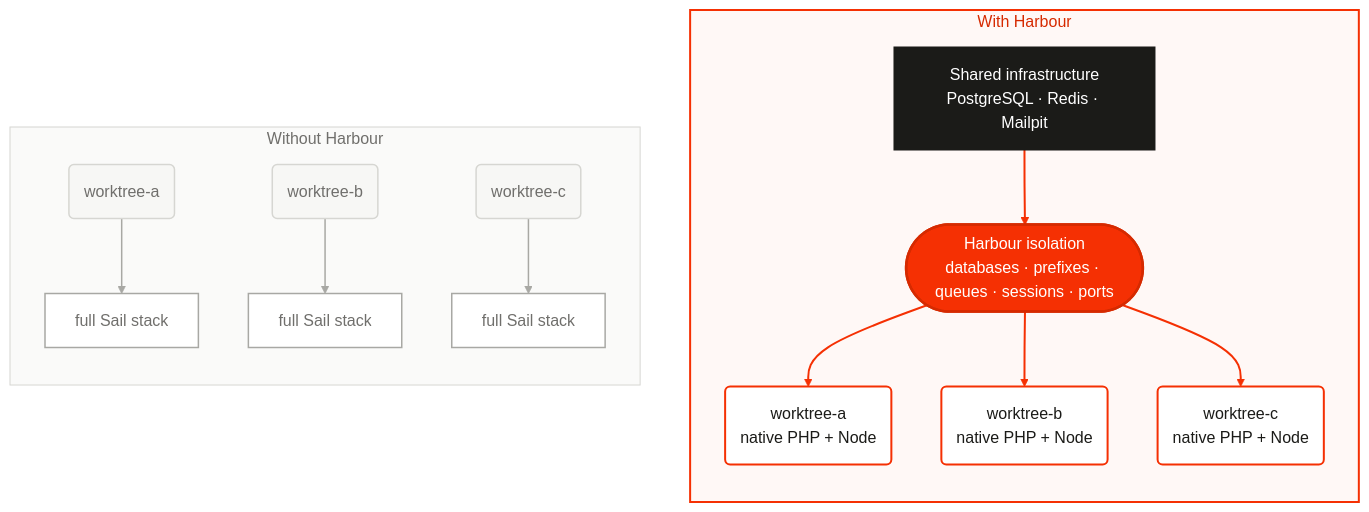
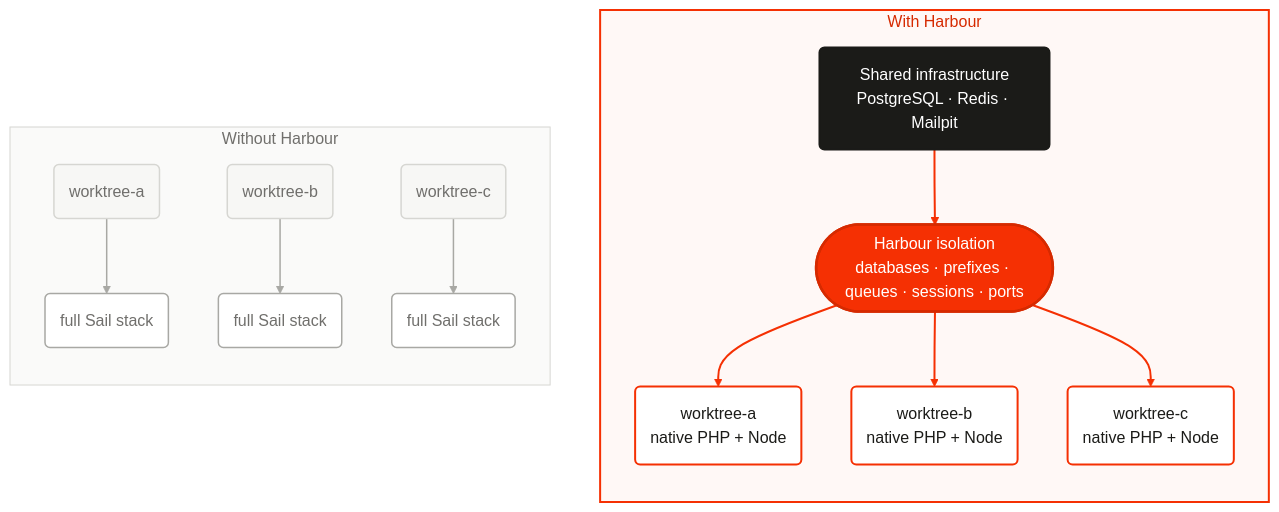
One commit to pickeringtech/harbour changed the diagram in README.template.md. Above: the diagram before and after it, drawn with Mermaid. The commit also changed 5 other files, not shown here.

Commit message:
docs: adapt diagrams to light and dark themes

````diff
--- a/README.template.md
+++ b/README.template.md
@@ -15,40 +15,40 @@
 ```mermaid
 flowchart LR
     accTitle: Harbour shared-infrastructure model
     accDescr: Without Harbour, every worktree runs a complete Sail stack. With Harbour, native PHP and Node worktrees connect through isolated namespaces to shared PostgreSQL, Redis, and Mailpit services.
 
     subgraph without[Without Harbour]
         direction TB
-        WA("worktree-a") --> SA[full Sail stack]
-        WB("worktree-b") --> SB[full Sail stack]
-        WC("worktree-c") --> SC[full Sail stack]
+        WA("worktree-a") --> SA("full Sail stack")
+        WB("worktree-b") --> SB("full Sail stack")
+        WC("worktree-c") --> SC("full Sail stack")
     end
 
     subgraph with[With Harbour]
         direction TB
-        shared[Shared infrastructure<br/>PostgreSQL · Redis · Mailpit]
+        shared("Shared infrastructure<br/>PostgreSQL · Redis · Mailpit")
         shared --> namespaces([Harbour isolation<br/>databases · prefixes · queues · sessions · ports])
         namespaces --> HA("worktree-a<br/>native PHP + Node")
         namespaces --> HB("worktree-b<br/>native PHP + Node")
         namespaces --> HC("worktree-c<br/>native PHP + Node")
     end
 
     SC ~~~ shared
 
     classDef muted fill:#f7f7f5,stroke:#d6d6d2,color:#706f6c,stroke-width:1.5px
     classDef stack fill:#ffffff,stroke:#a8a8a4,color:#706f6c,stroke-width:1.5px
     classDef shared fill:#1b1b18,stroke:#1b1b18,color:#ffffff,stroke-width:2px
     classDef harbour fill:#f53003,stroke:#d62a00,color:#ffffff,stroke-width:2.5px
     classDef workspace fill:#ffffff,stroke:#f53003,color:#1b1b18,stroke-width:2px
 
     class WA,WB,WC muted
     class SA,SB,SC stack
     class shared shared
     class namespaces harbour
     class HA,HB,HC workspace
 
     style without fill:#fafaf9,stroke:#d6d6d2,stroke-width:1px,color:#706f6c
     style with fill:#fff8f6,stroke:#f53003,stroke-width:2px,color:#d62a00
     linkStyle 0,1,2 stroke:#a8a8a4,stroke-width:1.5px
     linkStyle 3,4,5,6 stroke:#f53003,stroke-width:2px
 ```
````
